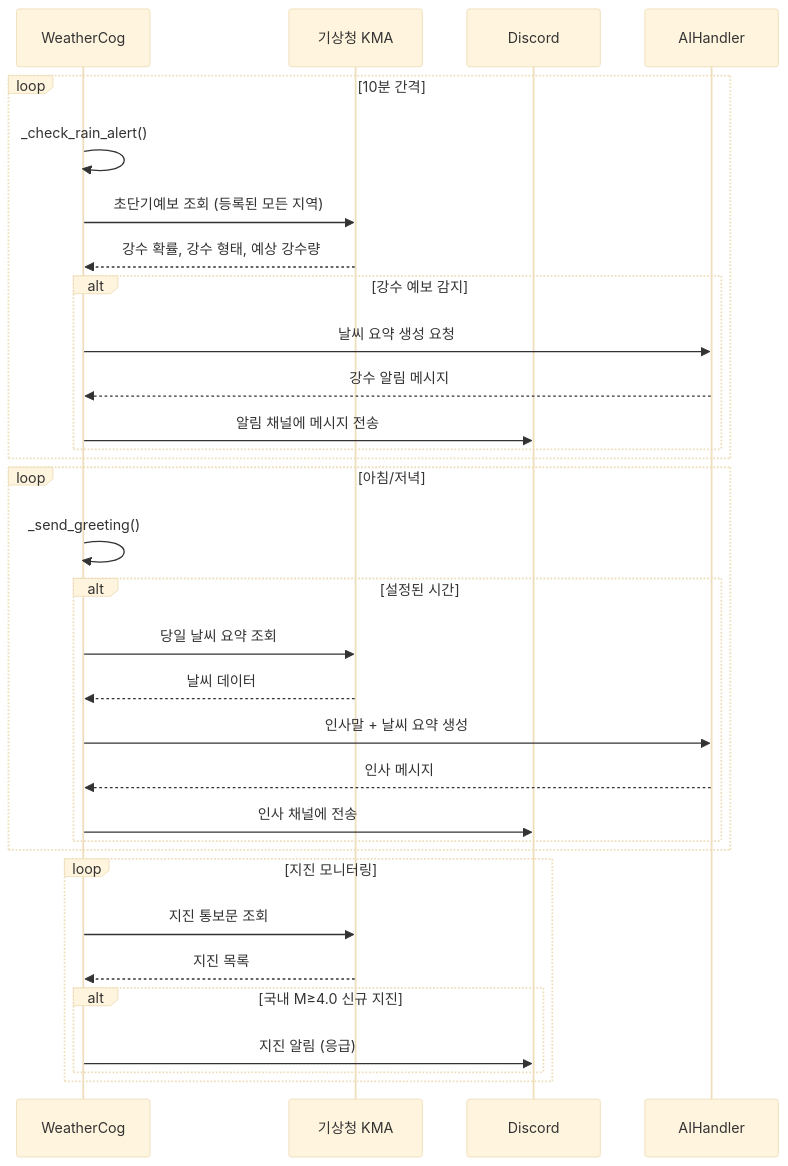
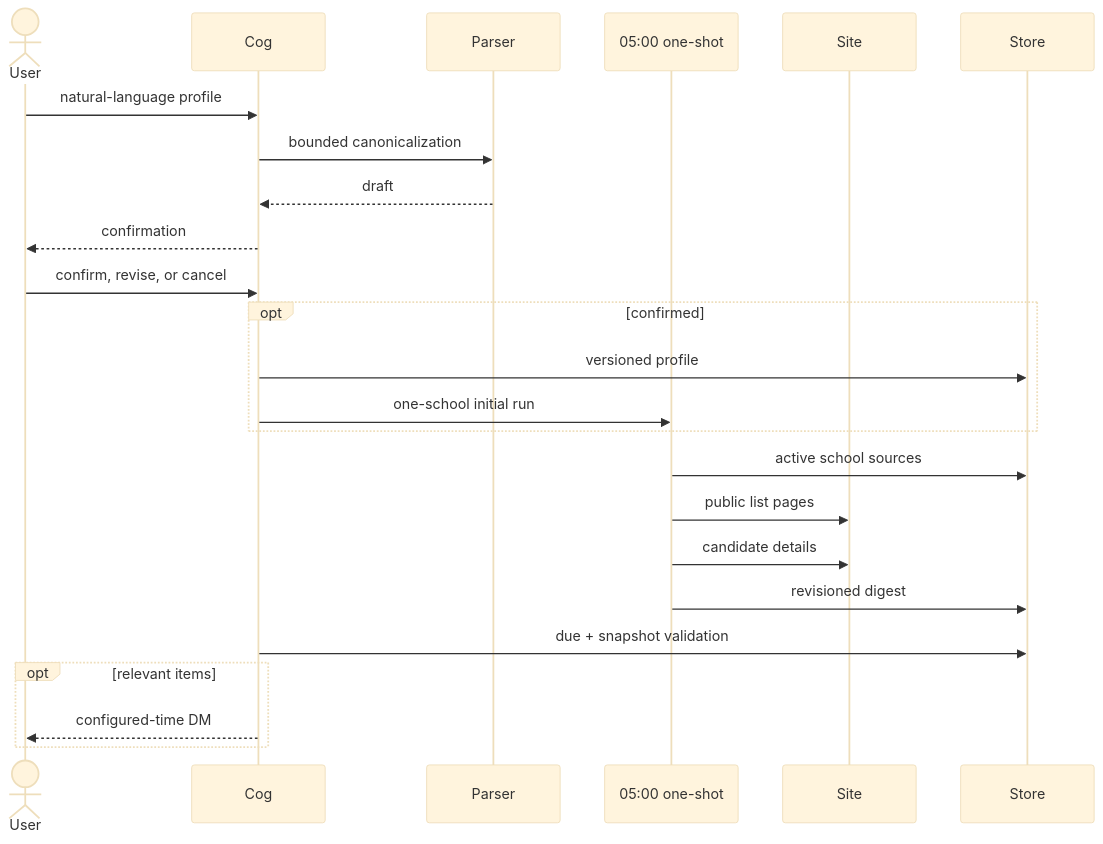
Before and after one commit to kim0040/masamong: the ninth of 11 diagrams in docs/UML_SPEC.en.md, drawn with Mermaid (base theme). The commit also changed other lines of this file and 47 other files, not shown here.

````diff
--- a/docs/UML_SPEC.en.md
+++ b/docs/UML_SPEC.en.md
@@ -613,41 +280,27 @@
 ```mermaid
 sequenceDiagram
-    participant Cog as WeatherCog
-    participant KMA as 기상청 KMA
-    participant Discord as Discord
-    participant AI as AIHandler
+    actor User
+    participant Cog
+    participant Parser
+    participant Batch as 05:00 one-shot
+    participant Site
+    participant Store
 
-    loop 10분 간격
-        Cog->>Cog: _check_rain_alert()
-
-        Cog->>KMA: 초단기예보 조회 (등록된 모든 지역)
-        KMA-->>Cog: 강수 확률, 강수 형태, 예상 강수량
-
-        alt 강수 예보 감지
-            Cog->>AI: 날씨 요약 생성 요청
-            AI-->>Cog: 강수 알림 메시지
-            Cog->>Discord: 알림 채널에 메시지 전송
-        end
+    User->>Cog: natural-language profile
+    Cog->>Parser: bounded canonicalization
+    Parser-->>Cog: draft
+    Cog-->>User: confirmation
+    User->>Cog: confirm, revise, or cancel
+    opt confirmed
+        Cog->>Store: versioned profile
+        Cog->>Batch: one-school initial run
     end
-
-    loop 아침/저녁
-        Cog->>Cog: _send_greeting()
-
-        alt 설정된 시간
-            Cog->>KMA: 당일 날씨 요약 조회
-            KMA-->>Cog: 날씨 데이터
-            Cog->>AI: 인사말 + 날씨 요약 생성
-            AI-->>Cog: 인사 메시지
-            Cog->>Discord: 인사 채널에 전송
-        end
-    end
-
-    loop 지진 모니터링
-        Cog->>KMA: 지진 통보문 조회
-        KMA-->>Cog: 지진 목록
-
-        alt 국내 M≥4.0 신규 지진
-            Cog->>Discord: 지진 알림 (응급)
-        end
+    Batch->>Store: active school sources
+    Batch->>Site: public list pages
+    Batch->>Site: candidate details
+    Batch->>Store: revisioned digest
+    Cog->>Store: due + snapshot validation
+    opt relevant items
+        Cog-->>User: configured-time DM
     end
 ```
````
